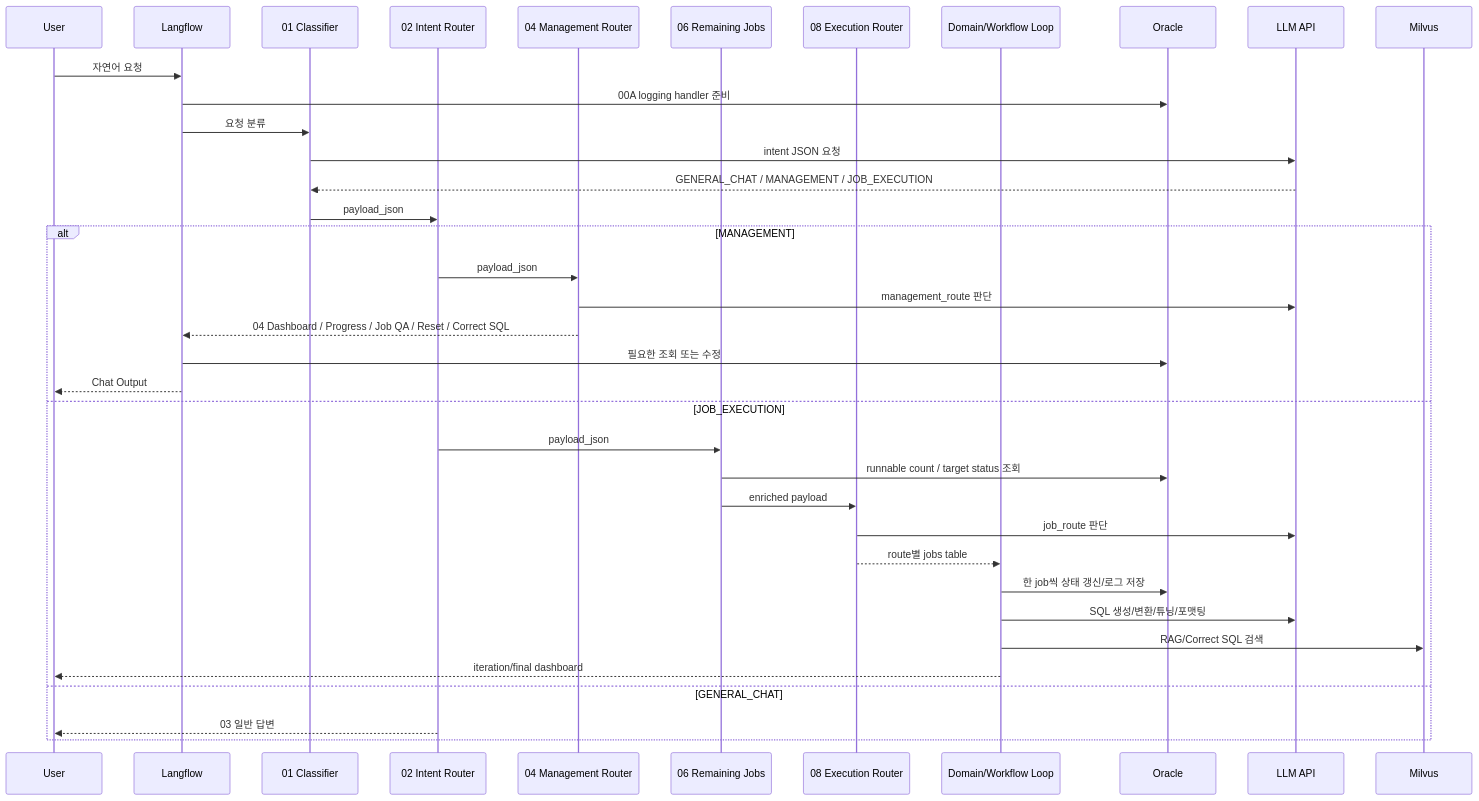
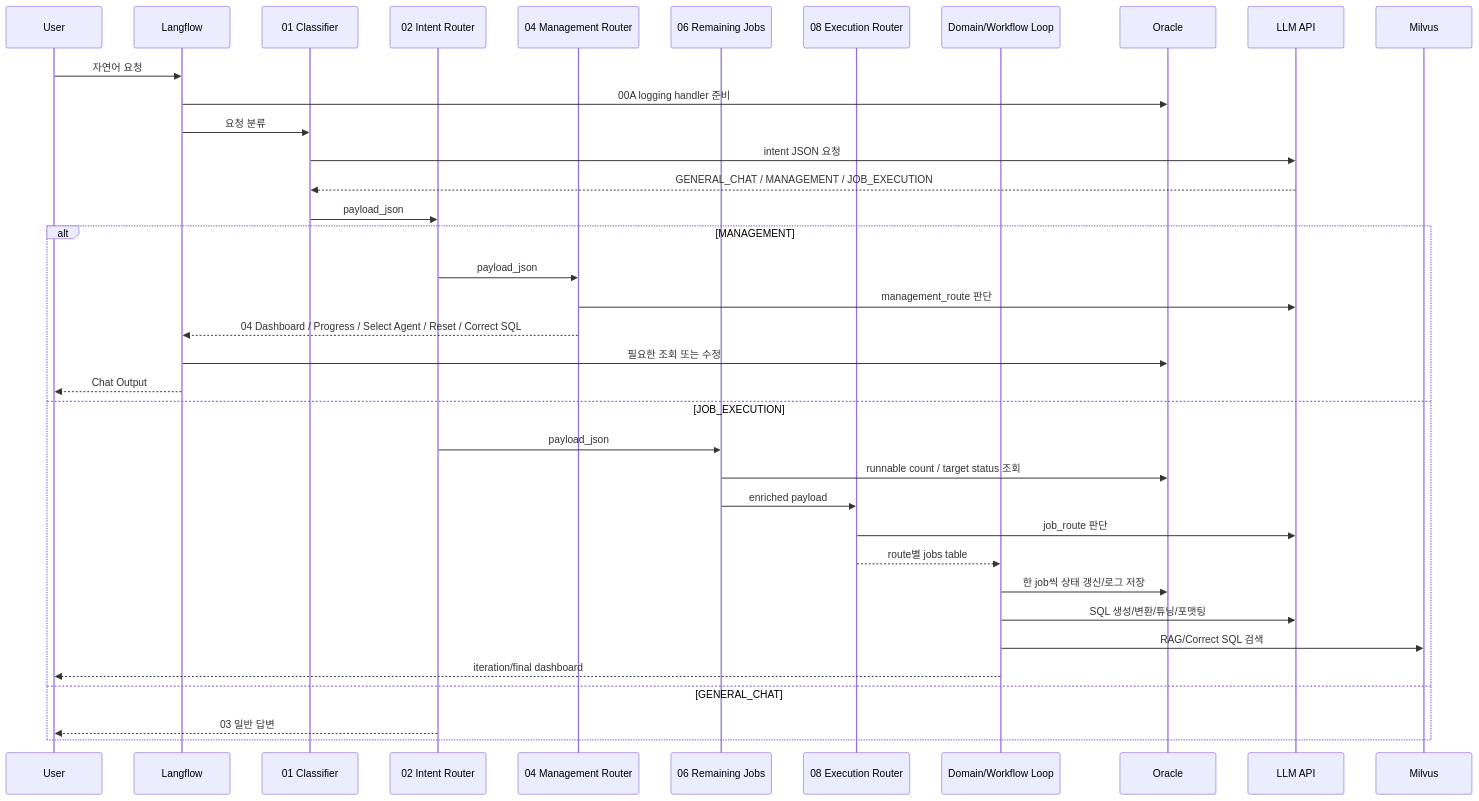
Before and after one commit to seongikjin227-jpg/refactoring_smartMigrate: the third of 3 diagrams in smartMigrate_2.0_Langflow/00_guide/00_architecture_chapter1_overview.md, drawn with Mermaid. The commit also changed other lines of this file and 14 other files, not shown here.

````diff
--- a/smartMigrate_2.0_Langflow/00_guide/00_architecture_chapter1_overview.md
+++ b/smartMigrate_2.0_Langflow/00_guide/00_architecture_chapter1_overview.md
@@ -119,40 +119,40 @@
 ```mermaid
 sequenceDiagram
     participant User
     participant LF as Langflow
     participant C01 as 01 Classifier
     participant R02 as 02 Intent Router
     participant M04 as 04 Management Router
     participant J06 as 06 Remaining Jobs
     participant J08 as 08 Execution Router
     participant FlowLoop as Domain/Workflow Loop
     participant DB as Oracle
     participant LLM as LLM API
     participant Milvus
 
     User->>LF: 자연어 요청
     LF->>DB: 00A logging handler 준비
     LF->>C01: 요청 분류
     C01->>LLM: intent JSON 요청
     LLM-->>C01: GENERAL_CHAT / MANAGEMENT / JOB_EXECUTION
     C01->>R02: payload_json
     alt MANAGEMENT
         R02->>M04: payload_json
         M04->>LLM: management_route 판단
-        M04-->>LF: 04 Dashboard / Progress / Job QA / Reset / Correct SQL
+        M04-->>LF: 04 Dashboard / Progress / Select Agent / Reset / Correct SQL
         LF->>DB: 필요한 조회 또는 수정
         LF-->>User: Chat Output
     else JOB_EXECUTION
         R02->>J06: payload_json
         J06->>DB: runnable count / target status 조회
         J06->>J08: enriched payload
         J08->>LLM: job_route 판단
         J08-->>FlowLoop: route별 jobs table
         FlowLoop->>DB: 한 job씩 상태 갱신/로그 저장
         FlowLoop->>LLM: SQL 생성/변환/튜닝/포맷팅
         FlowLoop->>Milvus: RAG/Correct SQL 검색
         FlowLoop-->>User: iteration/final dashboard
     else GENERAL_CHAT
         R02-->>User: 03 일반 답변
     end
 ```
````
